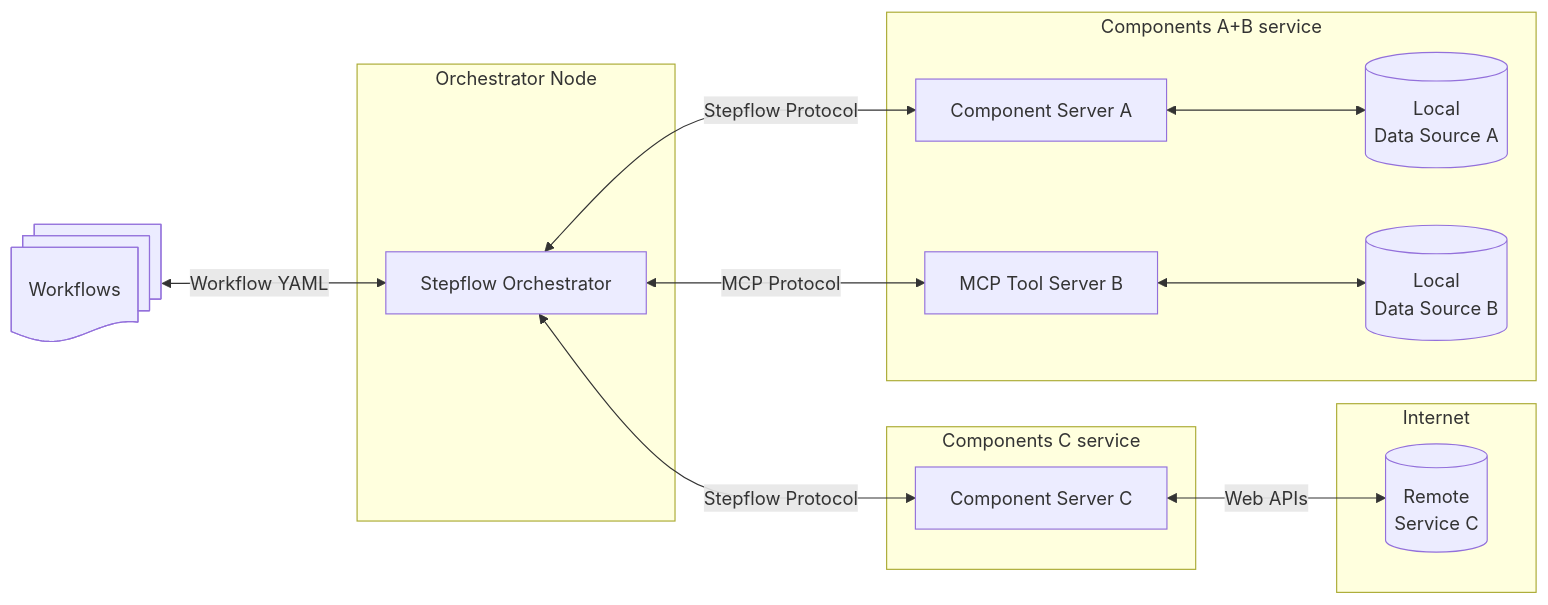
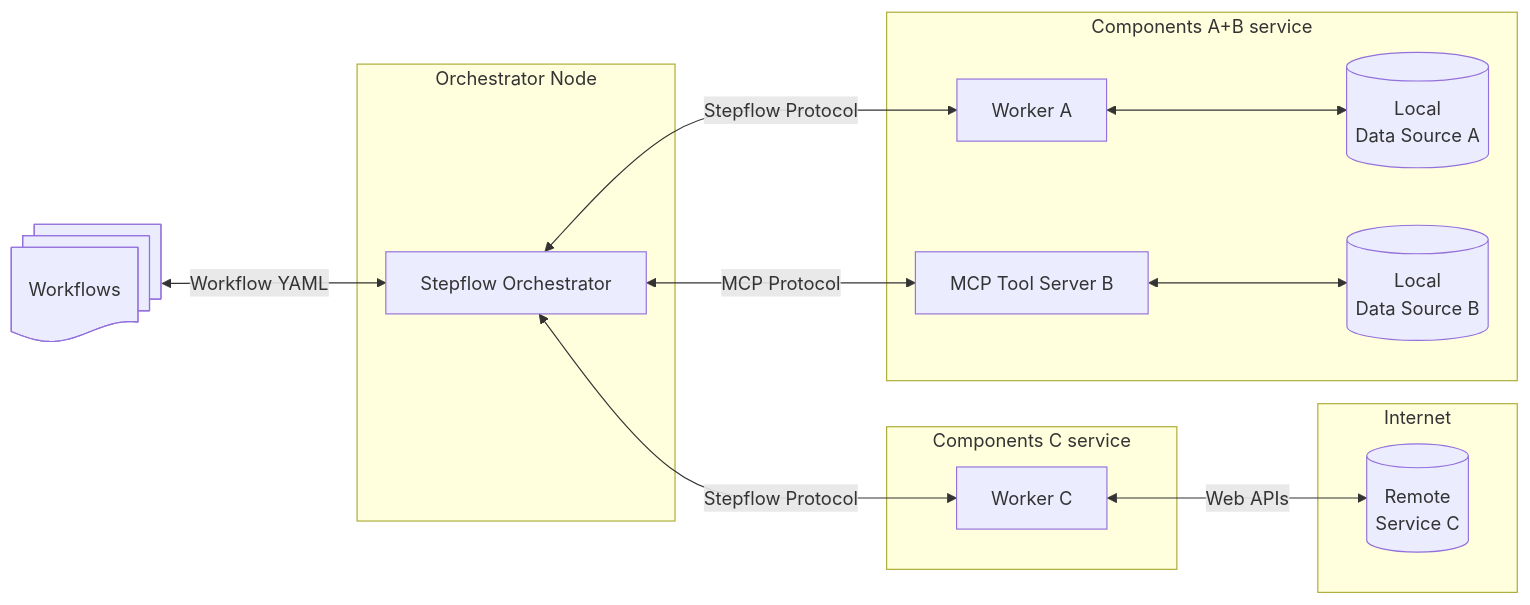
Before and after one commit to stepflow-ai/stepflow: the second of 2 diagrams in docs/docs/introduction.md, drawn with Mermaid. The commit also changed other lines of this file and 27 other files, not shown here.

````diff
--- a/docs/docs/introduction.md
+++ b/docs/docs/introduction.md
@@ -72,23 +72,23 @@
     ```mermaid
     flowchart LR
         Workflows["Workflows"]@{ shape: docs }
         Workflows <-->|"Workflow YAML"| Host
         subgraph "Orchestrator Node"
             Host["Stepflow Orchestrator"]
         end
         subgraph "Components A+B service"
-            S1["Component Server A"]
+            S1["Worker A"]
             S2["MCP Tool Server B"]
             S1 <--> D1[("Local<br>Data Source A")]
             S2 <--> D2[("Local<br>Data Source B")]
         end
         subgraph "Components C service"
-            S3["Component Server C"]
+            S3["Worker C"]
             Host <-->|"Stepflow Protocol"| S1
             Host <-->|"MCP Protocol"| S2
             Host <-->|"Stepflow Protocol"| S3
         end
         subgraph "Internet"
             S3 <-->|"Web APIs"| D3[("Remote<br>Service C")]
         end
     ```
````
